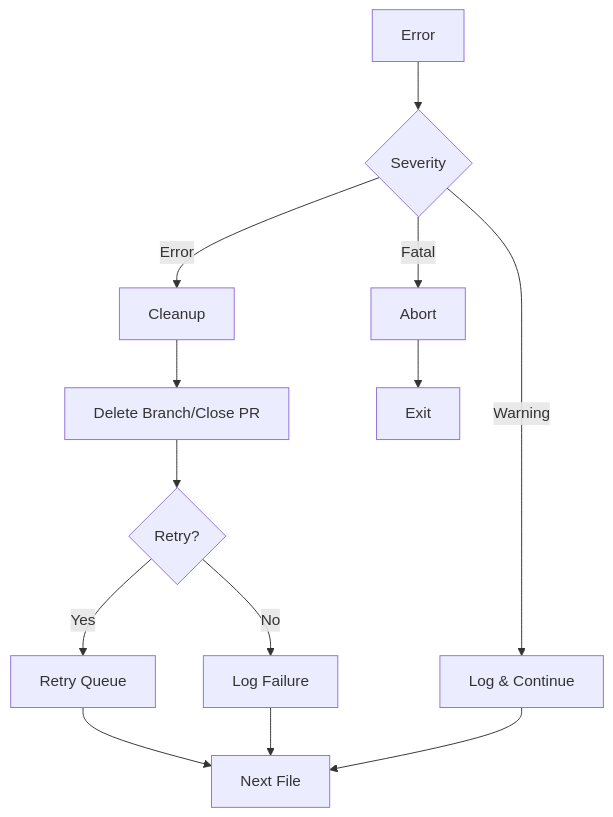
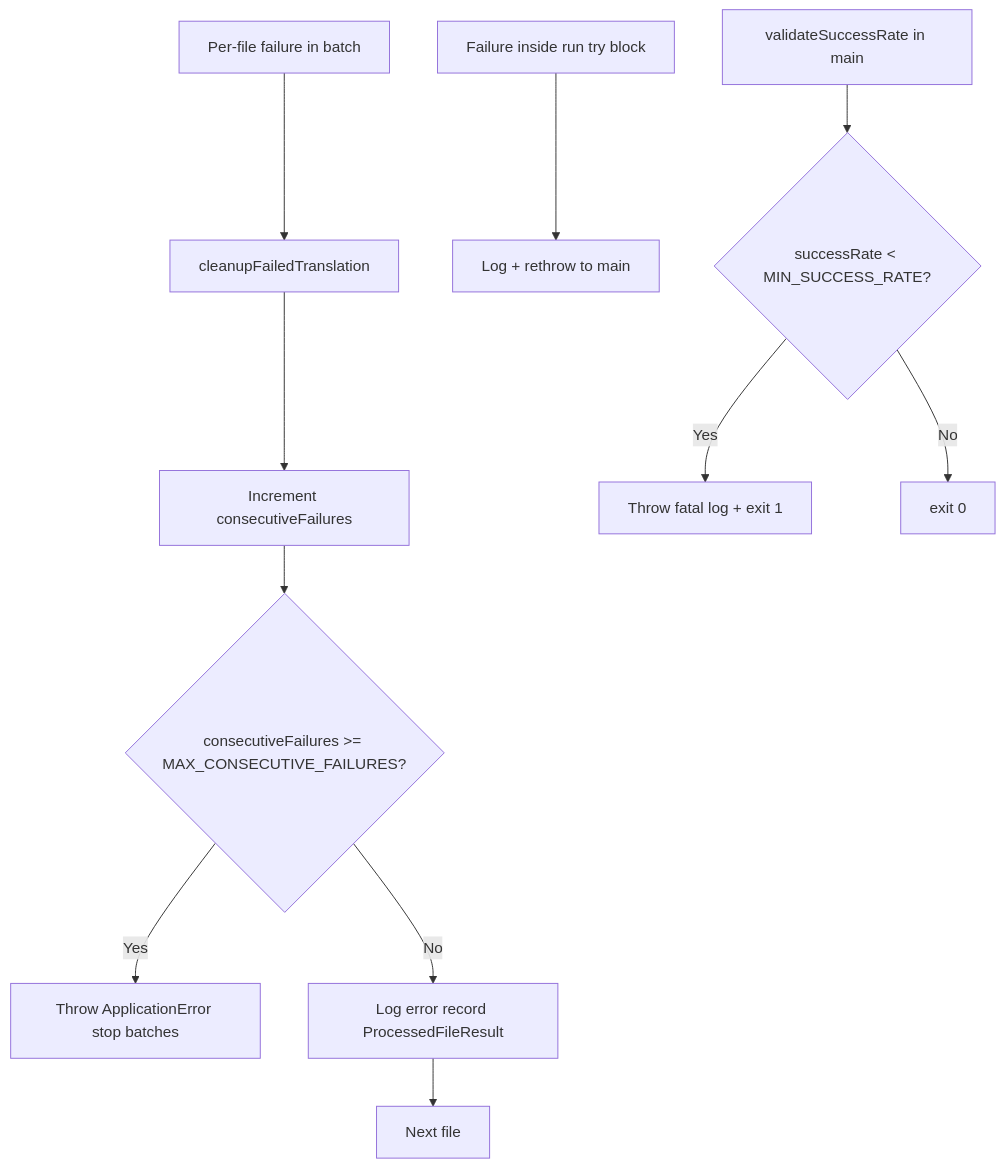
One commit to NivaldoFarias/translate-react changed the ninth of 9 diagrams in docs/WORKFLOW.md. Above: the diagram before and after it, drawn with Mermaid. The commit also changed other lines of this file and 3 other files, not shown here.

````diff
--- a/docs/WORKFLOW.md
+++ b/docs/WORKFLOW.md
@@ -229,15 +261,15 @@
 ```mermaid
 flowchart TD
-    A[Error] --> B{Severity}
-    B -->|Warning| C[Log & Continue]
-    B -->|Error| D[Cleanup]
-    B -->|Fatal| E[Abort]
-    D --> F[Delete Branch/Close PR]
-    F --> G{Retry?}
-    G -->|Yes| H[Retry Queue]
-    G -->|No| I[Log Failure]
-    H --> J[Next File]
-    I --> J
-    C --> J
-    E --> K[Exit]
+    A[Per-file failure in batch] --> B[cleanupFailedTranslation]
+    B --> C[Increment consecutiveFailures]
+    C --> D{consecutiveFailures >= MAX_CONSECUTIVE_FAILURES?}
+    D -->|Yes| E[Throw ApplicationError stop batches]
+    D -->|No| F[Log error record ProcessedFileResult]
+    F --> G[Next file]
+
+    H[Failure inside run try block] --> I[Log + rethrow to main]
+
+    J[validateSuccessRate in main] --> K{successRate < MIN_SUCCESS_RATE?}
+    K -->|Yes| L[Throw fatal log + exit 1]
+    K -->|No| M[exit 0]
 ```
````
